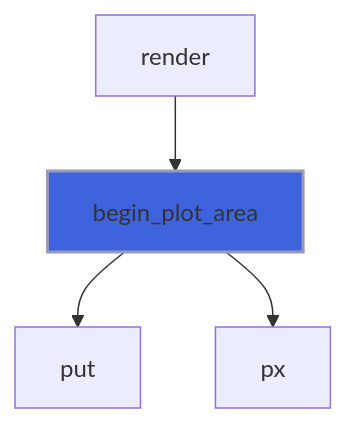
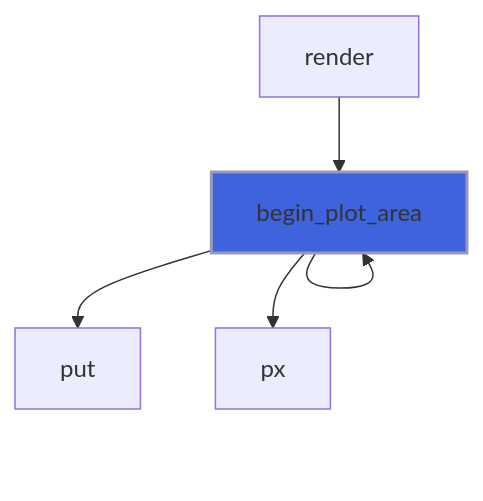
Before and after one commit to szaghi/foresight: diagram 13 of 30 in docs/api/src/lib/foresight_backend_svg.md, drawn with Mermaid. The commit also changed other lines of this file and 97 other files, not shown here.

````diff
--- a/docs/api/src/lib/foresight_backend_svg.md
+++ b/docs/api/src/lib/foresight_backend_svg.md
@@ -421,7 +437,8 @@
 ```mermaid
 flowchart TD
+  begin_plot_area["begin_plot_area"] --> begin_plot_area["begin_plot_area"]
   render["render"] --> begin_plot_area["begin_plot_area"]
   begin_plot_area["begin_plot_area"] --> put["put"]
   begin_plot_area["begin_plot_area"] --> px["px"]
   style begin_plot_area fill:#3e63dd,stroke:#99b,stroke-width:2px
 ```
````
